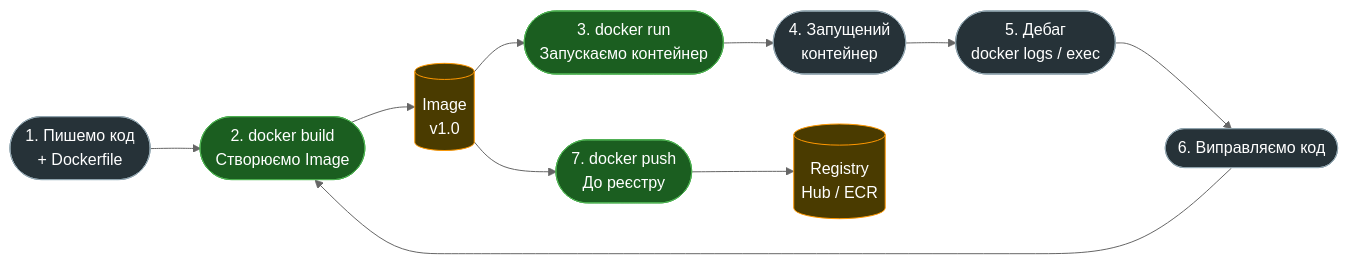
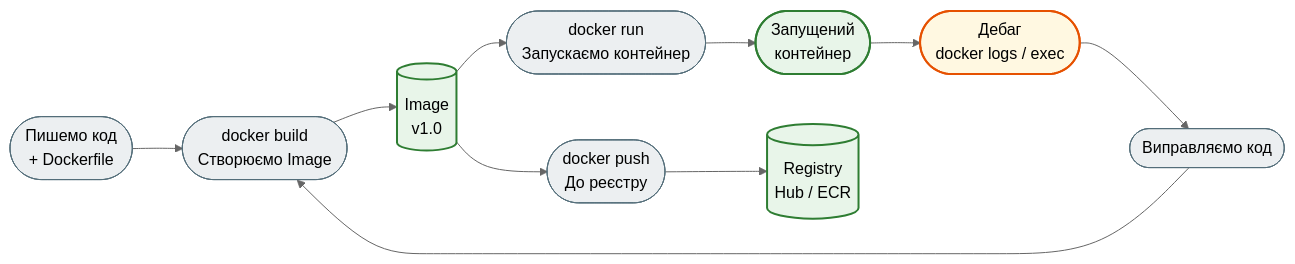
Before and after one commit to NikoriakViktot/notes_chat_app: the second of 5 diagrams in docs/10_linux_and_devops/docker_guide.md, drawn with Mermaid (neutral theme). The commit also changed other lines of this file and 441 other files, not shown here.

First line of the commit message:
Add English version of the book, Mermaid standard, docs fixes

````diff
--- a/docs/10_linux_and_devops/docker_guide.md
+++ b/docs/10_linux_and_devops/docker_guide.md
@@ -290,20 +291,23 @@
 ```mermaid
 flowchart LR
-    classDef step fill:#263238,stroke:#90a4ae,color:#fff
-    classDef action fill:#1b5e20,stroke:#4caf50,color:#fff
-    classDef artifact fill:#4a3b00,stroke:#ff9800,color:#fff
-
-    Code([1. Пишемо код\n+ Dockerfile]):::step
-    Build([2. docker build\nСтворюємо Image]):::action
-    Image[(Image\nv1.0)]:::artifact
-    Run([3. docker run\nЗапускаємо контейнер]):::action
-    Container([4. Запущений\nконтейнер]):::step
-    Debug([5. Дебаг\ndocker logs / exec]):::step
-    Fix([6. Виправляємо код]):::step
-    Push([7. docker push\nДо реєстру]):::action
-    Registry[(Registry\nHub / ECR)]:::artifact
+    Code(["Пишемо код<br>+ Dockerfile"])
+    Build(["docker build<br>Створюємо Image"])
+    Image[("Image<br>v1.0")]
+    Run(["docker run<br>Запускаємо контейнер"])
+    Container(["Запущений<br>контейнер"])
+    Debug(["Дебаг<br>docker logs / exec"])
+    Fix(["Виправляємо код"])
+    Push(["docker push<br>До реєстру"])
+    Registry[("Registry<br>Hub / ECR")]
 
     Code --> Build --> Image --> Run --> Container
     Container --> Debug --> Fix --> Build
     Image --> Push --> Registry
+
+    classDef step     fill:#eceff1,stroke:#546e7a,stroke-width:1px;
+    classDef success  fill:#e8f5e9,stroke:#2e7d32,stroke-width:2px;
+    classDef warning  fill:#fff8e1,stroke:#e65100,stroke-width:2px;
+    class Code,Build,Run,Push,Fix step;
+    class Image,Container,Registry success;
+    class Debug warning;
 ```
````
